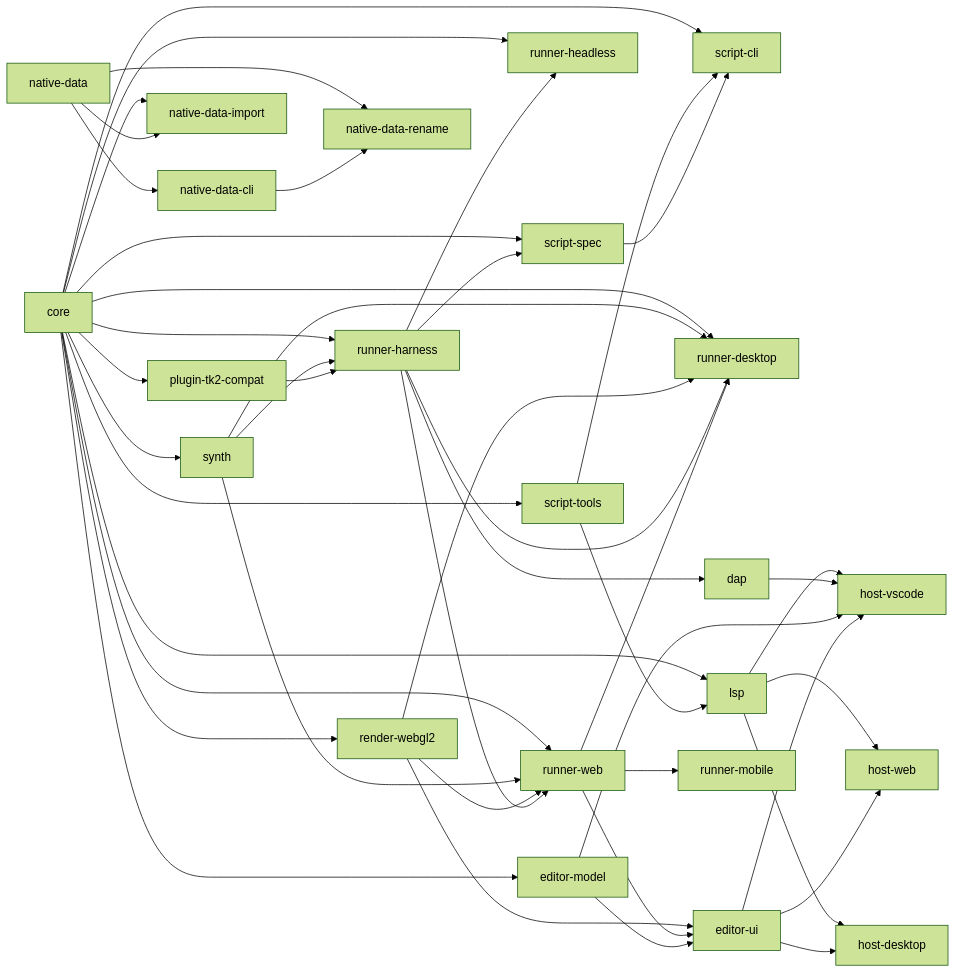
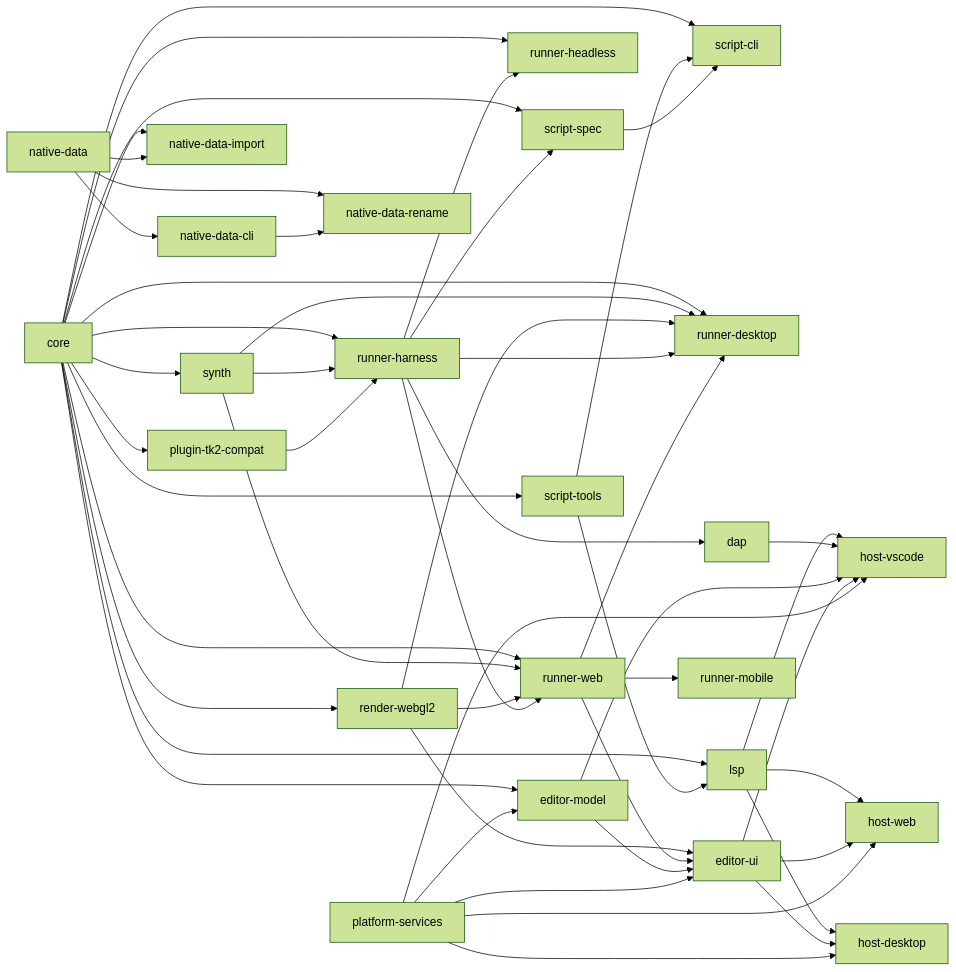
One commit to IG-ABHINAV/rpgtoolkit-reawakened changed the first of 3 diagrams in _bmad-output/initiative-rpgtoolkit-reawakened/architecture-rpgtoolkit-reawakened/architecture-rpgtoolkit-reawakened.md. Above: the diagram before and after it, drawn with Mermaid (forest theme). The commit also changed other lines of this file and 2 other files, not shown here.

Commit message:
docs: platform-services is its own package (AD-20, AD-22, edge list), refs #1832

````diff
--- a/_bmad-output/initiative-rpgtoolkit-reawakened/architecture-rpgtoolkit-reawakened/architecture-rpgtoolkit-reawakened.md
+++ b/_bmad-output/initiative-rpgtoolkit-reawakened/architecture-rpgtoolkit-reawakened/architecture-rpgtoolkit-reawakened.md
@@ -41,47 +42,52 @@
 ```mermaid
 graph LR
   core --> scripttools[script-tools]
   core --> scriptcli[script-cli]
   core --> synth
   core --> renderwebgl2[render-webgl2]
   core --> runnerharness[runner-harness]
   core --> runnerheadless[runner-headless]
   core --> runnerweb[runner-web]
   core --> runnerdesktop[runner-desktop]
   core --> lsp
   core --> scriptspec[script-spec]
   core --> editormodel[editor-model]
   core --> plugintk2compat[plugin-tk2-compat]
   scripttools --> lsp
   scripttools --> scriptcli
   scriptspec --> scriptcli
   synth --> runnerharness
   synth --> runnerweb
   synth --> runnerdesktop
   renderwebgl2 --> runnerweb
   renderwebgl2 --> runnerdesktop
   renderwebgl2 --> editorui[editor-ui]
   runnerharness --> runnerheadless
   runnerharness --> runnerweb
   runnerharness --> runnerdesktop
   runnerharness --> scriptspec
   runnerharness --> dap
   runnerweb --> runnerdesktop
   runnerweb --> runnermobile[runner-mobile]
   runnerweb --> editorui
   lsp --> hostvscode[host-vscode]
   lsp --> hostweb[host-web]
   lsp --> hostdesktop[host-desktop]
   dap --> hostvscode
   editormodel --> editorui
   editormodel --> hostvscode
   editorui --> hostvscode
   editorui --> hostweb
   editorui --> hostdesktop
+  platformservices[platform-services] --> editormodel
+  platformservices --> editorui
+  platformservices --> hostvscode
+  platformservices --> hostweb
+  platformservices --> hostdesktop
   plugintk2compat --> runnerharness
   nativedata[native-data] --> nativedatacli[native-data-cli]
   core --> nativedataimport[native-data-import]
   nativedata --> nativedataimport
   nativedata --> nativedatarename[native-data-rename]
   nativedatacli --> nativedatarename
 ```
````
